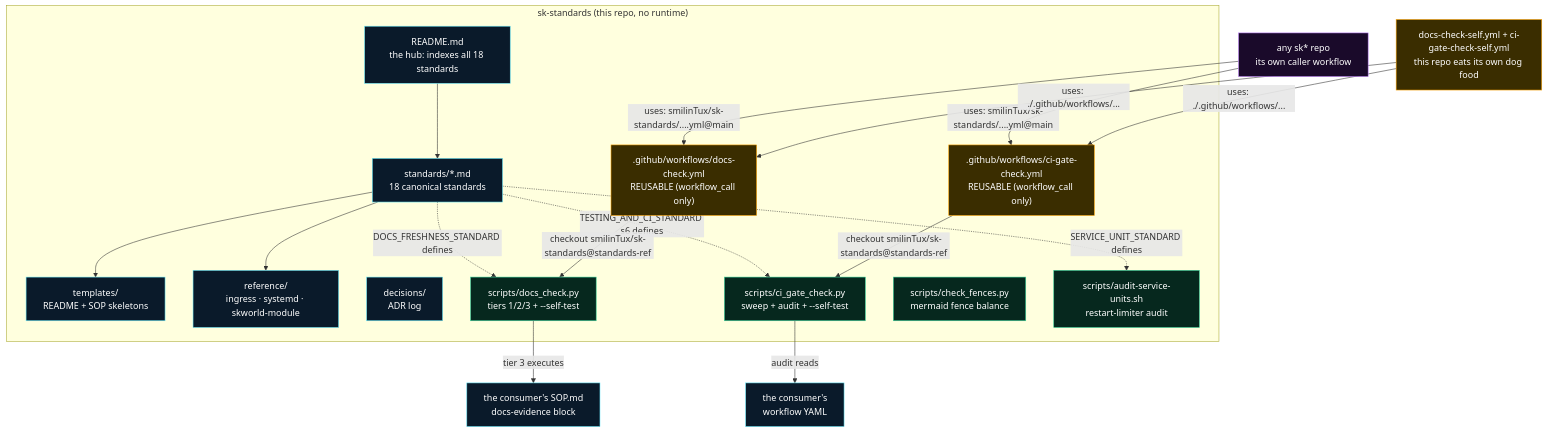
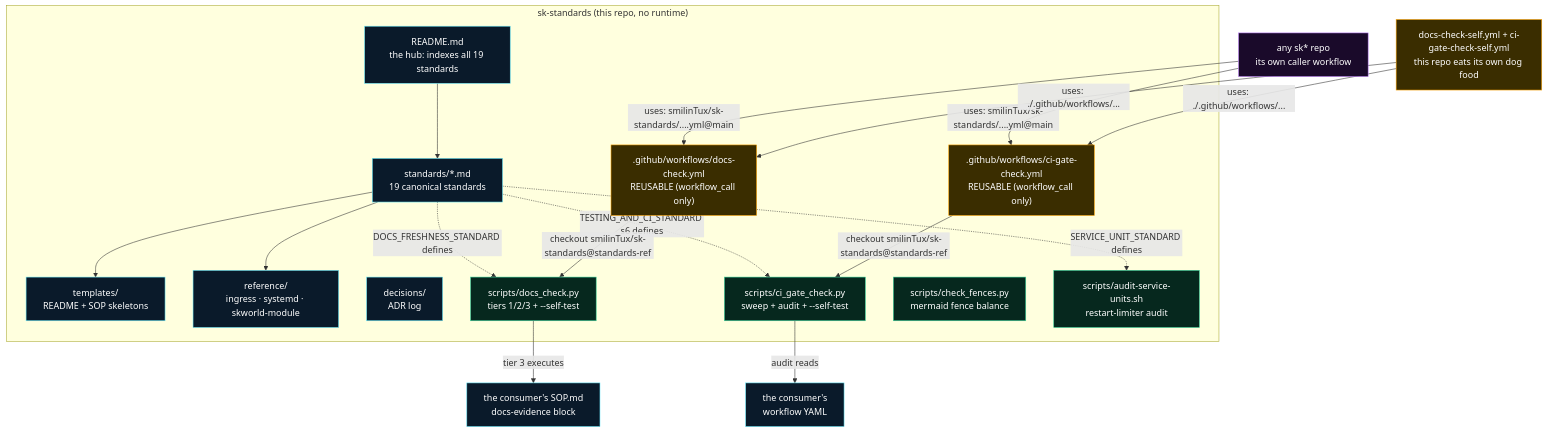
One commit to smilinTux/sk-standards changed the first of 2 diagrams in SOP.md. Above: the diagram before and after it, drawn with Mermaid. The commit also changed other lines of this file and 5 other files, not shown here.

````diff
--- a/SOP.md
+++ b/SOP.md
@@ -59,39 +59,39 @@
 ```mermaid
 flowchart TD
     subgraph skstd["sk-standards (this repo, no runtime)"]
-      README["README.md<br/>the hub: indexes all 18 standards"]:::doc
-      STD["standards/*.md<br/>18 canonical standards"]:::doc
+      README["README.md<br/>the hub: indexes all 19 standards"]:::doc
+      STD["standards/*.md<br/>19 canonical standards"]:::doc
       TPL["templates/<br/>README + SOP skeletons"]:::doc
       REF["reference/<br/>ingress · systemd · skworld-module"]:::doc
       ADR["decisions/<br/>ADR log"]:::doc
       DC["scripts/docs_check.py<br/>tiers 1/2/3 + --self-test"]:::val
       CG["scripts/ci_gate_check.py<br/>sweep + audit + --self-test"]:::val
       CF["scripts/check_fences.py<br/>mermaid fence balance"]:::val
       AU["scripts/audit-service-units.sh<br/>restart-limiter audit"]:::val
       RW[".github/workflows/docs-check.yml<br/>REUSABLE (workflow_call only)"]:::gate
       RC[".github/workflows/ci-gate-check.yml<br/>REUSABLE (workflow_call only)"]:::gate
     end
 
     SELF["docs-check-self.yml + ci-gate-check-self.yml<br/>this repo eats its own dog food"]:::gate
     CONS["any sk* repo<br/>its own caller workflow"]:::consumer
 
     README --> STD
     STD --> TPL
     STD --> REF
     STD -. "DOCS_FRESHNESS_STANDARD defines" .-> DC
     STD -. "TESTING_AND_CI_STANDARD s6 defines" .-> CG
     STD -. "SERVICE_UNIT_STANDARD defines" .-> AU
     RW -->|"checkout smilinTux/sk-standards@standards-ref"| DC
     RC -->|"checkout smilinTux/sk-standards@standards-ref"| CG
     CONS -->|"uses: smilinTux/sk-standards/....yml@main"| RW
     CONS -->|"uses: smilinTux/sk-standards/....yml@main"| RC
     SELF -->|"uses: ./.github/workflows/..."| RW
     SELF -->|"uses: ./.github/workflows/..."| RC
     DC -->|"tier 3 executes"| EV["the consumer's SOP.md<br/>docs-evidence block"]:::doc
     CG -->|"audit reads"| WF["the consumer's<br/>workflow YAML"]:::doc
 
     classDef doc fill:#0a1a2a,stroke:#67e8f9,color:#fff;
     classDef val fill:#06281e,stroke:#34d399,color:#fff;
     classDef gate fill:#3a2d00,stroke:#ffa500,color:#fff;
     classDef consumer fill:#1a0a2a,stroke:#c084fc,color:#fff;
 ```
````
